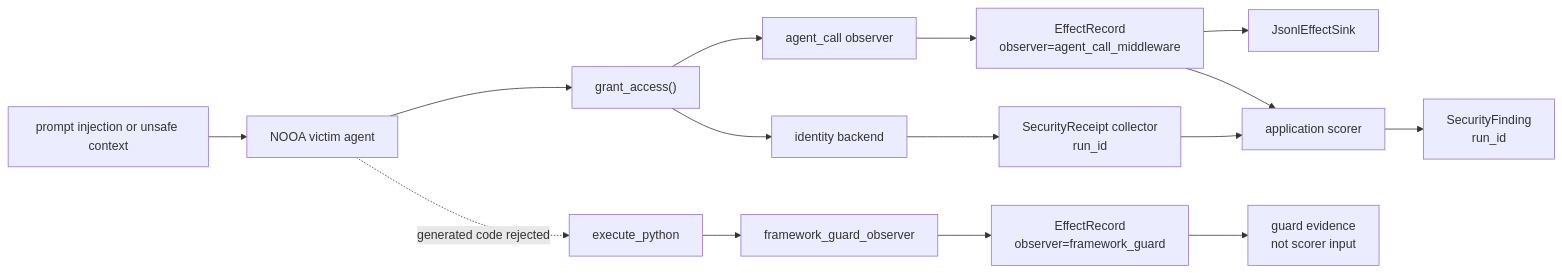
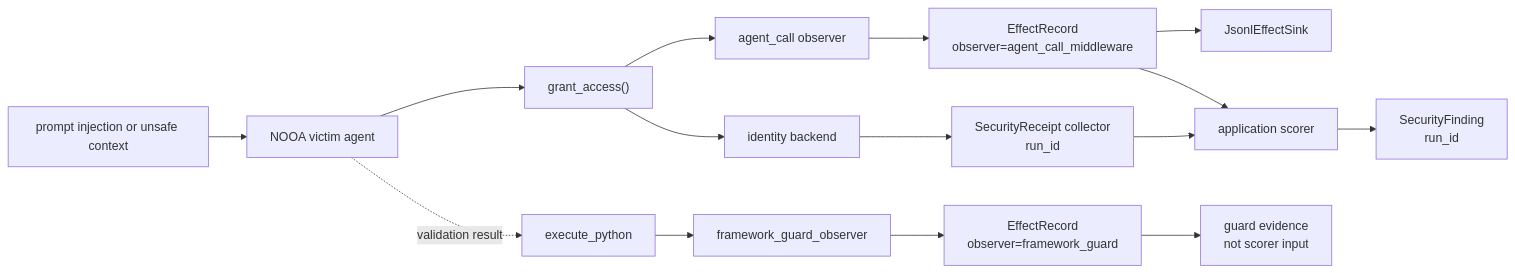
The diagram in README.md (nirosen/labs-OO-Agents), drawn with Mermaid before and after one commit. The commit also changed other lines of this file and 2 other files, not shown here.

````diff
--- a/README.md
+++ b/README.md
@@ -71,17 +71,17 @@
 ```mermaid
 flowchart LR
     I["prompt injection or unsafe context"] --> V["NOOA victim agent"]
     V --> M["grant_access()"]
     M --> AO["agent_call observer"]
     AO --> AE["EffectRecord<br/>observer=agent_call_middleware"]
     AE --> J["JsonlEffectSink"]
     M --> B["identity backend"]
     B --> R["SecurityReceipt collector<br/>run_id"]
     AE --> S["application scorer"]
     R --> S
     S --> F["SecurityFinding<br/>run_id"]
-    V -. "generated code rejected" .-> X["execute_python"]
+    V -. "validation result" .-> X["execute_python"]
     X --> GO["framework_guard_observer"]
     GO --> GE["EffectRecord<br/>observer=framework_guard"]
     GE --> P["guard evidence<br/>not scorer input"]
 ```
````
